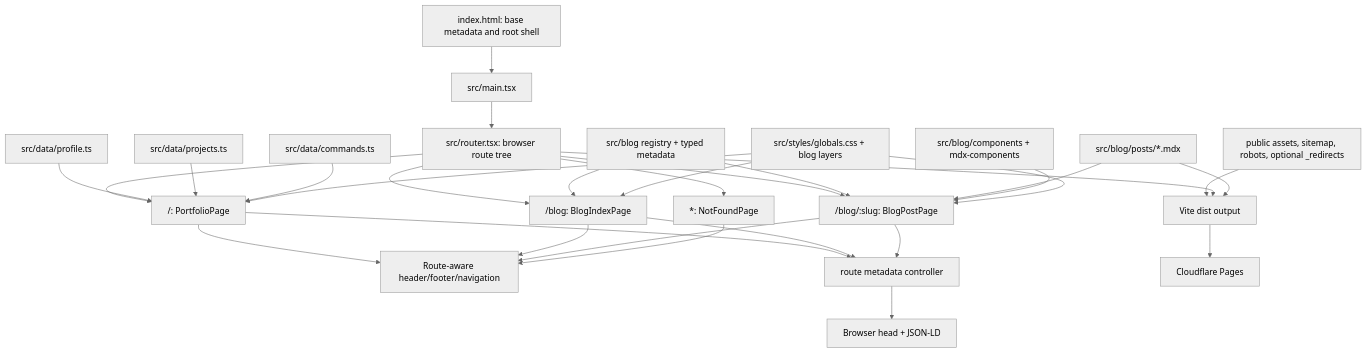
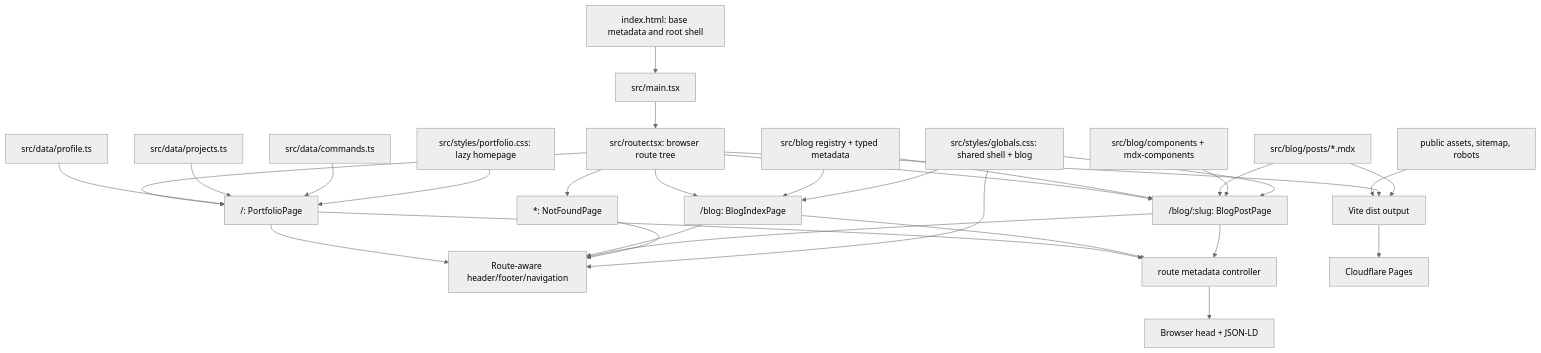
The third of 5 diagrams in ARCHITECTURE.md (atrx07/atrx07-portfolio), drawn with Mermaid (neutral theme) before and after one commit. The commit also changed other lines of this file and 16 other files, not shown here.

````diff
--- a/ARCHITECTURE.md
+++ b/ARCHITECTURE.md
@@ -417,38 +423,39 @@
 ```mermaid
 flowchart TD
   html["index.html: base metadata and root shell"] --> entry["src/main.tsx"]
   entry --> router["src/router.tsx: browser route tree"]
 
   router --> portfolio["/: PortfolioPage"]
   router --> blogIndex["/blog: BlogIndexPage"]
   router --> blogPost["/blog/:slug: BlogPostPage"]
   router --> notFound["*: NotFoundPage"]
 
   profile["src/data/profile.ts"] --> portfolio
   projects["src/data/projects.ts"] --> portfolio
   commands["src/data/commands.ts"] --> portfolio
 
   blogMeta["src/blog registry + typed metadata"] --> blogIndex
   blogMeta --> blogPost
   mdx["src/blog/posts/*.mdx"] --> blogPost
   mdxComponents["src/blog/components + mdx-components"] --> blogPost
 
   portfolio --> sharedShell["Route-aware header/footer/navigation"]
   blogIndex --> sharedShell
   blogPost --> sharedShell
   notFound --> sharedShell
 
   metadata["route metadata controller"] --> browser["Browser head + JSON-LD"]
   portfolio --> metadata
   blogIndex --> metadata
   blogPost --> metadata
 
-  styles["src/styles/globals.css + blog layers"] --> portfolio
+  styles["src/styles/globals.css: shared shell + blog"] --> sharedShell
   styles --> blogIndex
   styles --> blogPost
+  portfolioStyles["src/styles/portfolio.css: lazy homepage"] --> portfolio
 
-  assets["public assets, sitemap, robots, optional _redirects"] --> build["Vite dist output"]
+  assets["public assets, sitemap, robots"] --> build["Vite dist output"]
   router --> build
   mdx --> build
   build --> pages["Cloudflare Pages"]
 ```
````
